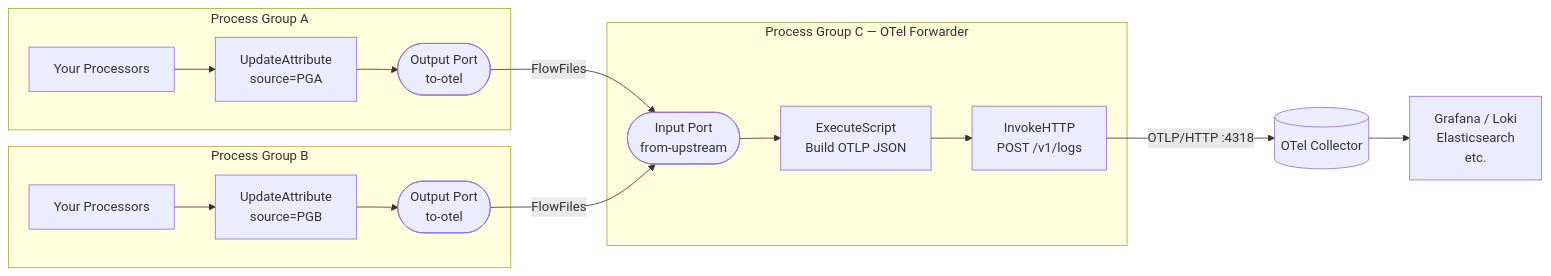
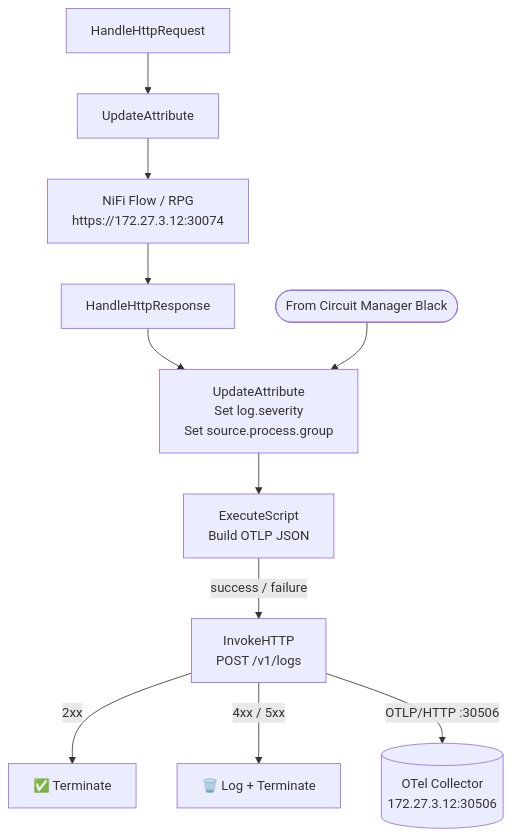
The first of 3 diagrams in openfire-chat/readme3.md (saneera/apache-nifi), drawn with Mermaid before and after one commit. The commit also changed other lines of this file, not shown here.

````diff
--- a/openfire-chat/readme3.md
+++ b/openfire-chat/readme3.md
@@ -46,24 +33,17 @@
 ```mermaid
-flowchart LR
-    subgraph PGA["Process Group A"]
-        A1[Your Processors] --> A2[UpdateAttribute\nsource=PGA]
-        A2 --> A3([Output Port\nto-otel])
-    end
+flowchart TD
+    REQ[HandleHttpRequest] --> UA1[UpdateAttribute]
+    UA1 --> RPG[NiFi Flow / RPG\nhttps://172.27.3.12:30074]
+    RPG --> RES[HandleHttpResponse]
 
-    subgraph PGB["Process Group B"]
-        B1[Your Processors] --> B2[UpdateAttribute\nsource=PGB]
-        B2 --> B3([Output Port\nto-otel])
-    end
+    RES --> UA2[UpdateAttribute\nSet log.severity\nSet source.process.group]
+    UA2 --> ES[ExecuteScript\nBuild OTLP JSON]
+    ES -->|success / failure| IH[InvokeHTTP\nPOST /v1/logs]
 
-    subgraph PGC["Process Group C — OTel Forwarder"]
-        C1([Input Port\nfrom-upstream]) --> C2[ExecuteScript\nBuild OTLP JSON]
-        C2 --> C3[InvokeHTTP\nPOST /v1/logs]
-    end
+    IH -->|2xx| OK[✅ Terminate]
+    IH -->|4xx / 5xx| ERR[🗑️ Log + Terminate]
 
-    A3 -->|FlowFiles| C1
-    B3 -->|FlowFiles| C1
+    INPUT([From Circuit Manager Black]) --> UA2
 
-    C3 -->|OTLP/HTTP :4318| OTEL[(OTel Collector)]
-
-    OTEL --> BACKEND[Grafana / Loki\nElasticsearch\netc.]
+    IH -->|OTLP/HTTP :30506| OTEL[(OTel Collector\n172.27.3.12:30506)]
 ```
````
